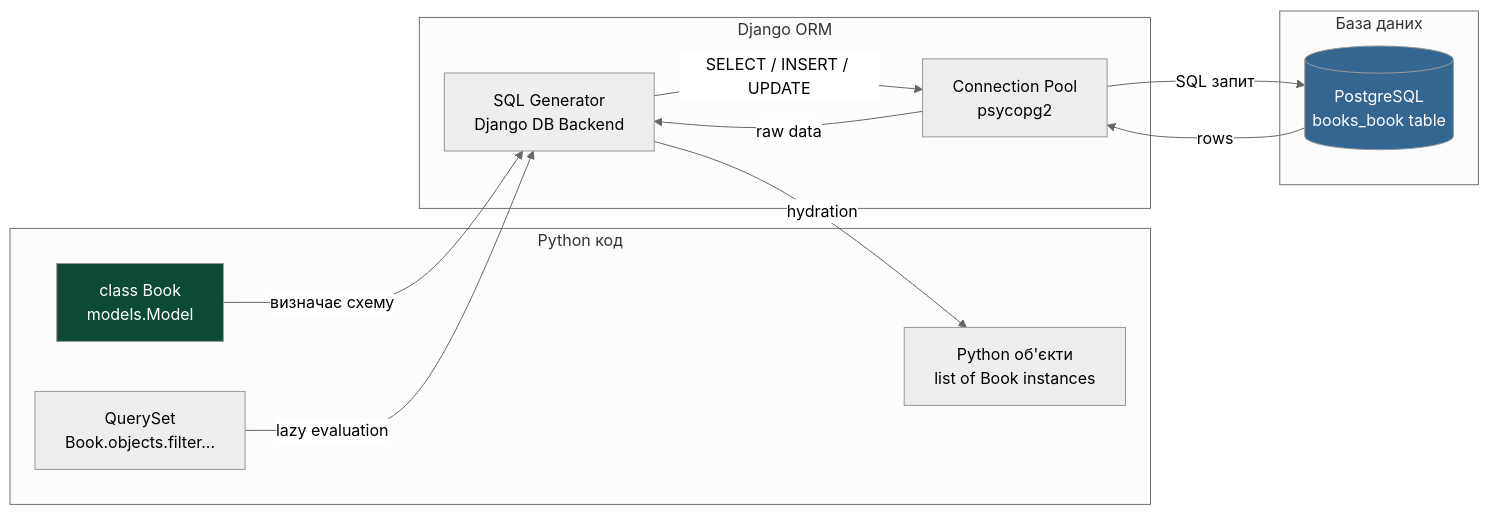
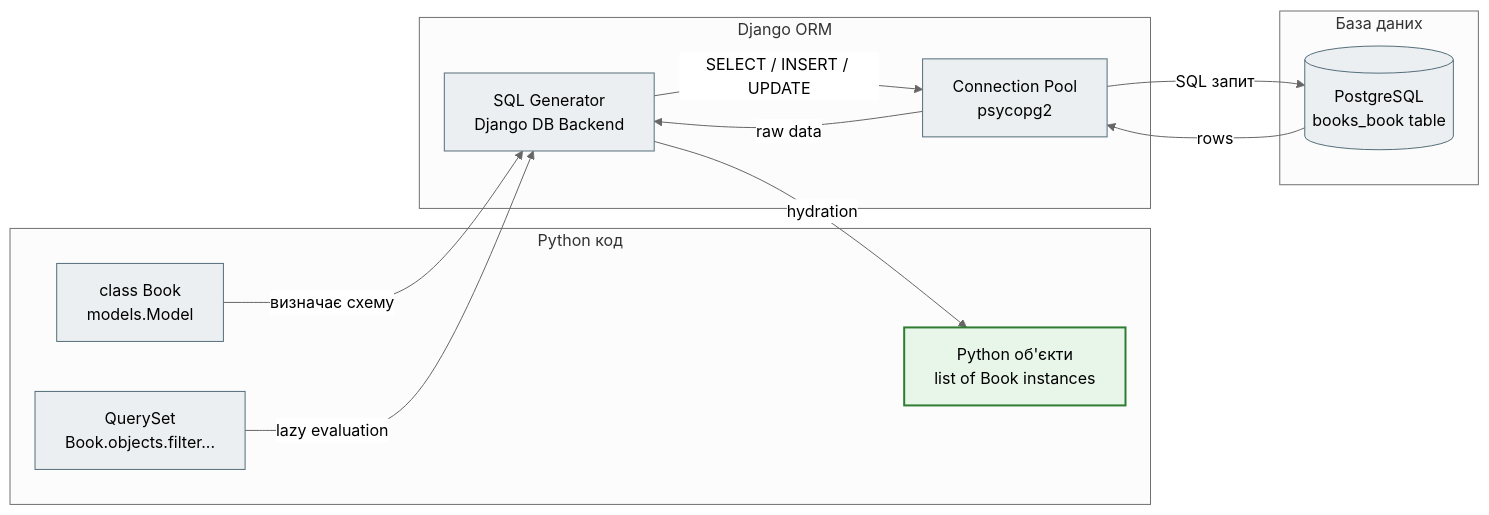
The fifth of 19 diagrams in docs/02_django_core/django_mermaid_full.md (NikoriakViktot/notes_chat_app), drawn with Mermaid (neutral theme) before and after one commit. The commit also changed other lines of this file and 441 other files, not shown here.

First line of the commit message:
Add English version of the book, Mermaid standard, docs fixes

````diff
--- a/docs/02_django_core/django_mermaid_full.md
+++ b/docs/02_django_core/django_mermaid_full.md
@@ -127,28 +132,30 @@
 ```mermaid
 graph LR
     subgraph Python код
-        Model[class Book\nmodels.Model]
-        QS[QuerySet\nBook.objects.filter...]
-        PO[Python об'єкти\nlist of Book instances]
+        Model["class Book<br>models.Model"]
+        QS["QuerySet<br>Book.objects.filter..."]
+        PO["Python об'єкти<br>list of Book instances"]
     end
 
     subgraph Django ORM
-        SQL_GEN[SQL Generator\nDjango DB Backend]
-        CONN[Connection Pool\npsycopg2]
+        SQL_GEN["SQL Generator<br>Django DB Backend"]
+        CONN["Connection Pool<br>psycopg2"]
     end
 
     subgraph База даних
-        PG[(PostgreSQL\nbooks_book table)]
+        PG[("PostgreSQL<br>books_book table")]
     end
 
     Model -->|визначає схему| SQL_GEN
     QS -->|lazy evaluation| SQL_GEN
     SQL_GEN -->|SELECT / INSERT / UPDATE| CONN
     CONN -->|SQL запит| PG
     PG -->|rows| CONN
     CONN -->|raw data| SQL_GEN
     SQL_GEN -->|hydration| PO
 
-    style PG fill:#336791,color:#fff
-    style Model fill:#0C4B33,color:#fff
+    classDef step     fill:#eceff1,stroke:#546e7a,stroke-width:1px;
+    classDef success  fill:#e8f5e9,stroke:#2e7d32,stroke-width:2px;
+    class Model,QS,SQL_GEN,CONN,PG step;
+    class PO success;
 ```
````
